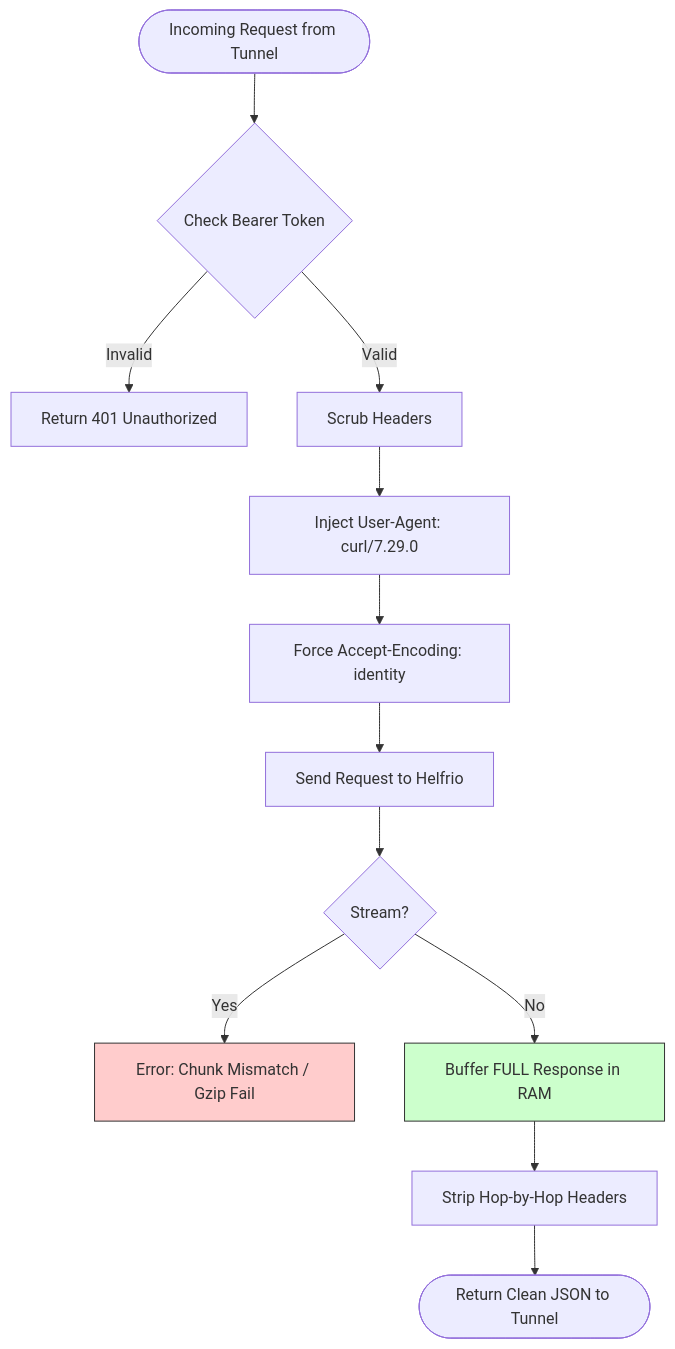
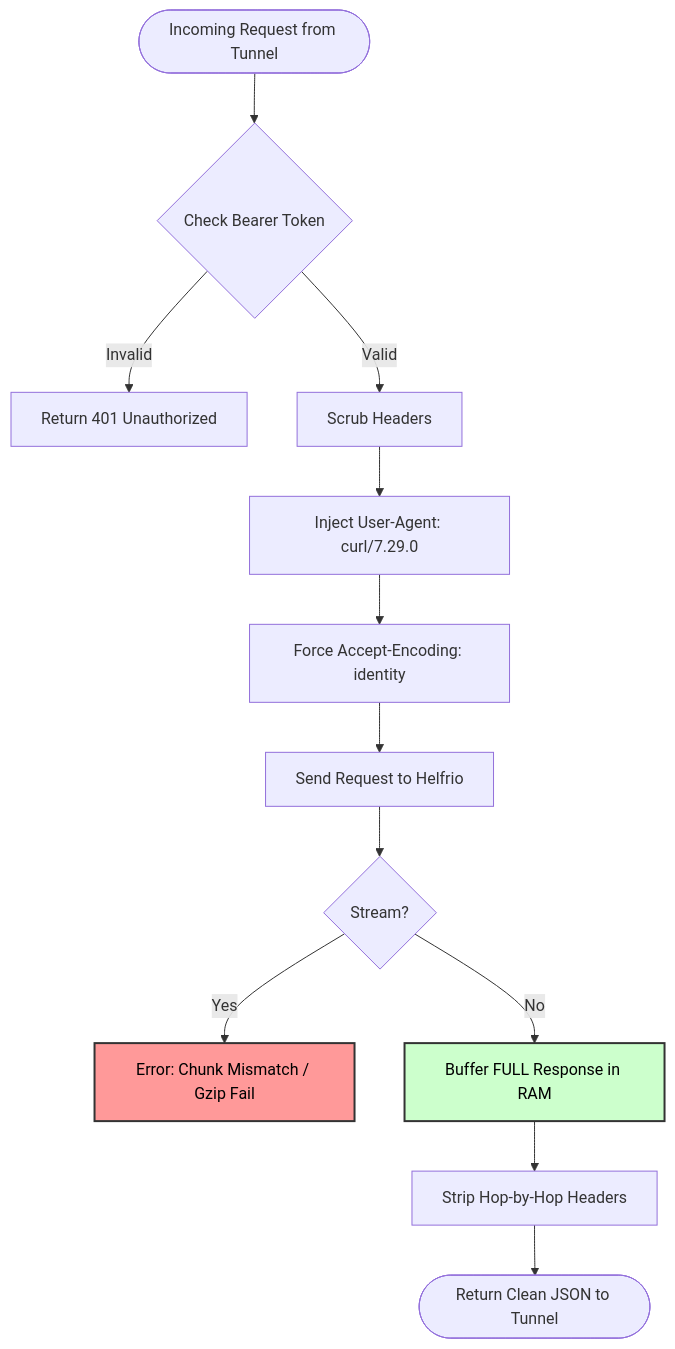
The fifth of 6 diagrams in README.md (Microck/ja3-bypass-gateway), drawn with Mermaid before and after one commit. The commit also changed other lines of this file, not shown here.

````diff
--- a/README.md
+++ b/README.md
@@ -224,22 +227,23 @@
 ```mermaid
 flowchart TD
     Start([Incoming Request from Tunnel]) --> Auth{Check Bearer Token}
     
     Auth -- Invalid --> Deny[Return 401 Unauthorized]
     Auth -- Valid --> Headers[Scrub Headers]
     
     Headers --> Fake[Inject User-Agent: curl/7.29.0]
     Fake --> Identity[Force Accept-Encoding: identity]
     
     Identity --> Request[Send Request to Helfrio]
     
     Request --> Stream{Stream?}
-    Stream -- Yes --> Crash[Error: Chunk Mismatch / Gzip Fail]
-    Stream -- No --> Buffer[Buffer FULL Response in RAM]
+    Stream -- Yes --> Crash["Error: Chunk Mismatch / Gzip Fail"]
+    Stream -- No --> Buffer["Buffer FULL Response in RAM"]
     
     Buffer --> Clean[Strip Hop-by-Hop Headers]
     Clean --> Return([Return Clean JSON to Tunnel])
     
-    style Crash fill:#ffcccc,stroke:#333
-    style Buffer fill:#ccffcc,stroke:#333
+    %% High Contrast Styling
+    style Crash fill:#ff9999,stroke:#333,stroke-width:2px,color:black
+    style Buffer fill:#ccffcc,stroke:#333,stroke-width:2px,color:black
 ```
````
